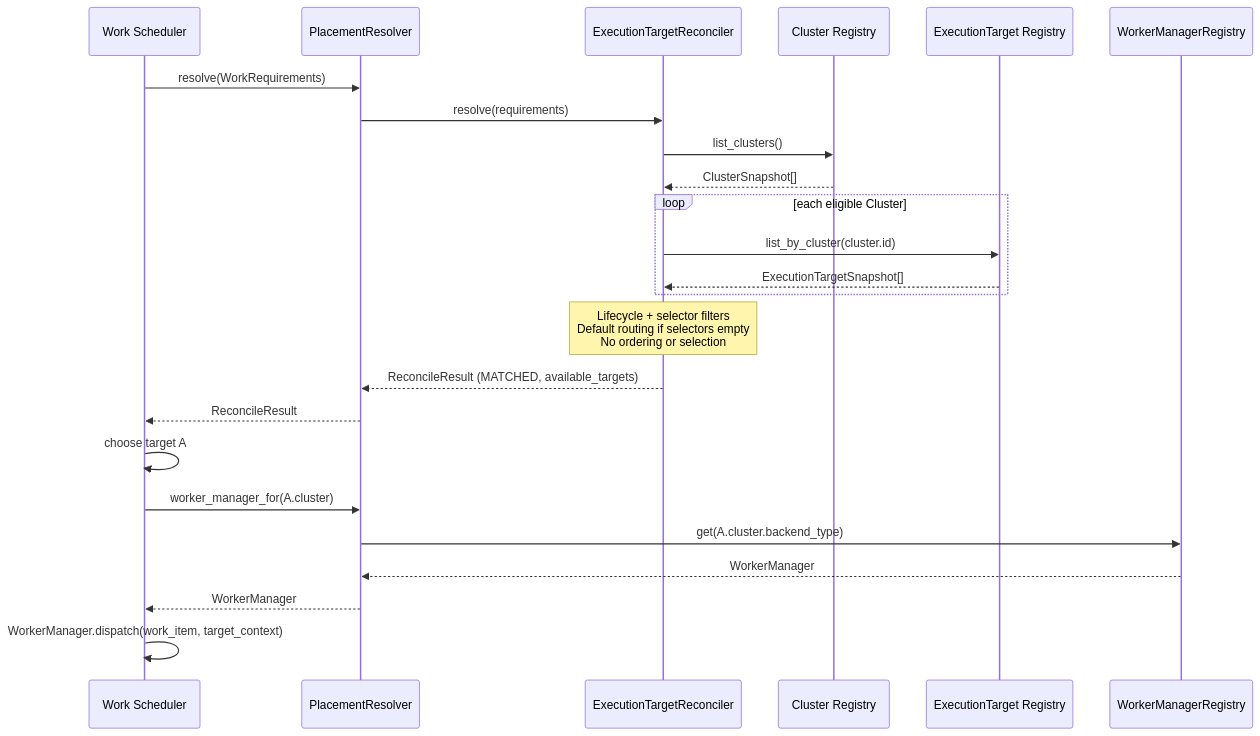
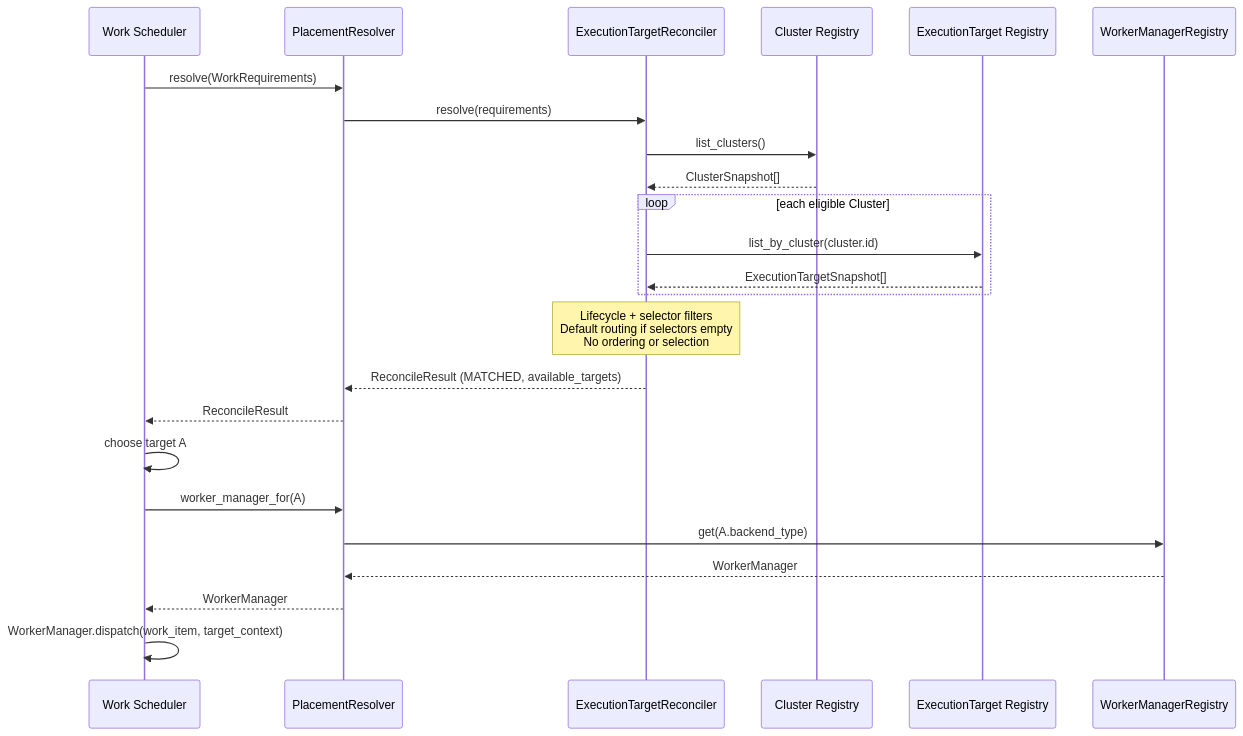
The second of 3 diagrams in backend/docs/execution-plane/executiontarget-reconciler.md (syntara-orchestration/syntara), drawn with Mermaid before and after one commit. The commit also changed other lines of this file, not shown here.

First line of the commit message:
docs(AAP-92721): key Worker Managers on ExecutionTarget backend type

````diff
--- a/backend/docs/execution-plane/executiontarget-reconciler.md
+++ b/backend/docs/execution-plane/executiontarget-reconciler.md
@@ -478,27 +498,27 @@
 ```mermaid
 sequenceDiagram
     participant S as Work Scheduler
     participant PR as PlacementResolver
     participant R as ExecutionTargetReconciler
     participant CR as Cluster Registry
     participant TR as ExecutionTarget Registry
     participant WM as WorkerManagerRegistry
 
     S->>PR: resolve(WorkRequirements)
     PR->>R: resolve(requirements)
     R->>CR: list_clusters()
     CR-->>R: ClusterSnapshot[]
     loop each eligible Cluster
         R->>TR: list_by_cluster(cluster.id)
         TR-->>R: ExecutionTargetSnapshot[]
     end
     Note over R: Lifecycle + selector filters<br/>Default routing if selectors empty<br/>No ordering or selection
     R-->>PR: ReconcileResult (MATCHED, available_targets)
     PR-->>S: ReconcileResult
     S->>S: choose target A
-    S->>PR: worker_manager_for(A.cluster)
-    PR->>WM: get(A.cluster.backend_type)
+    S->>PR: worker_manager_for(A)
+    PR->>WM: get(A.backend_type)
     WM-->>PR: WorkerManager
     PR-->>S: WorkerManager
     S->>S: WorkerManager.dispatch(work_item, target_context)
 ```
````
